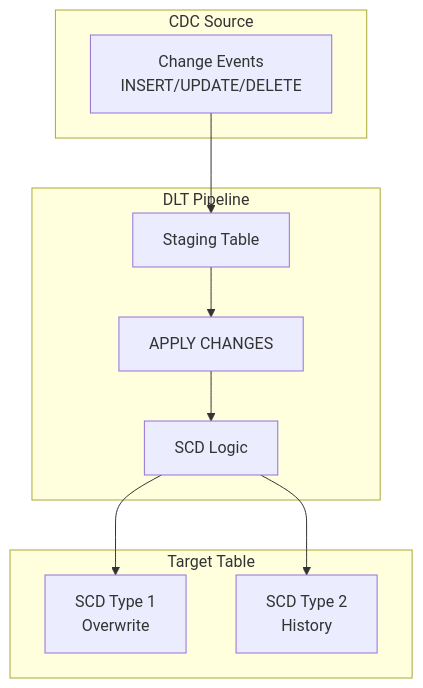
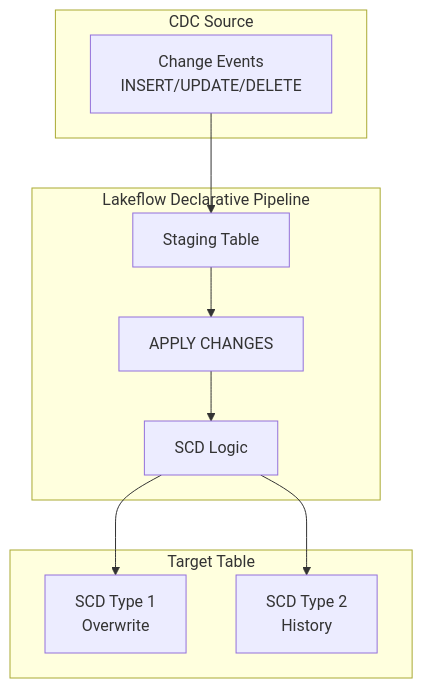
One commit to kengio/databricks-certification-study-guide changed the diagram in certifications/data-engineer-professional/03-data-transformation-cleansing-quality/04-apply-changes-api.md. Above: the diagram before and after it, drawn with Mermaid. The commit also changed other lines of this file and 30 other files, not shown here.

````diff
--- a/certifications/data-engineer-professional/03-data-transformation-cleansing-quality/04-apply-changes-api.md
+++ b/certifications/data-engineer-professional/03-data-transformation-cleansing-quality/04-apply-changes-api.md
@@ -16,23 +16,23 @@
 ```mermaid
 flowchart TB
     subgraph Source["CDC Source"]
         Changes[Change Events<br>INSERT/UPDATE/DELETE]
     end
 
-    subgraph DLT["DLT Pipeline"]
+    subgraph Pipeline["Lakeflow Declarative Pipeline"]
         Staging[Staging Table]
         Apply[APPLY CHANGES]
         SCD[SCD Logic]
     end
 
     subgraph Target["Target Table"]
         SCD1[SCD Type 1<br>Overwrite]
         SCD2[SCD Type 2<br>History]
     end
 
     Changes --> Staging
     Staging --> Apply
     Apply --> SCD
     SCD --> SCD1
     SCD --> SCD2
 ```
````
